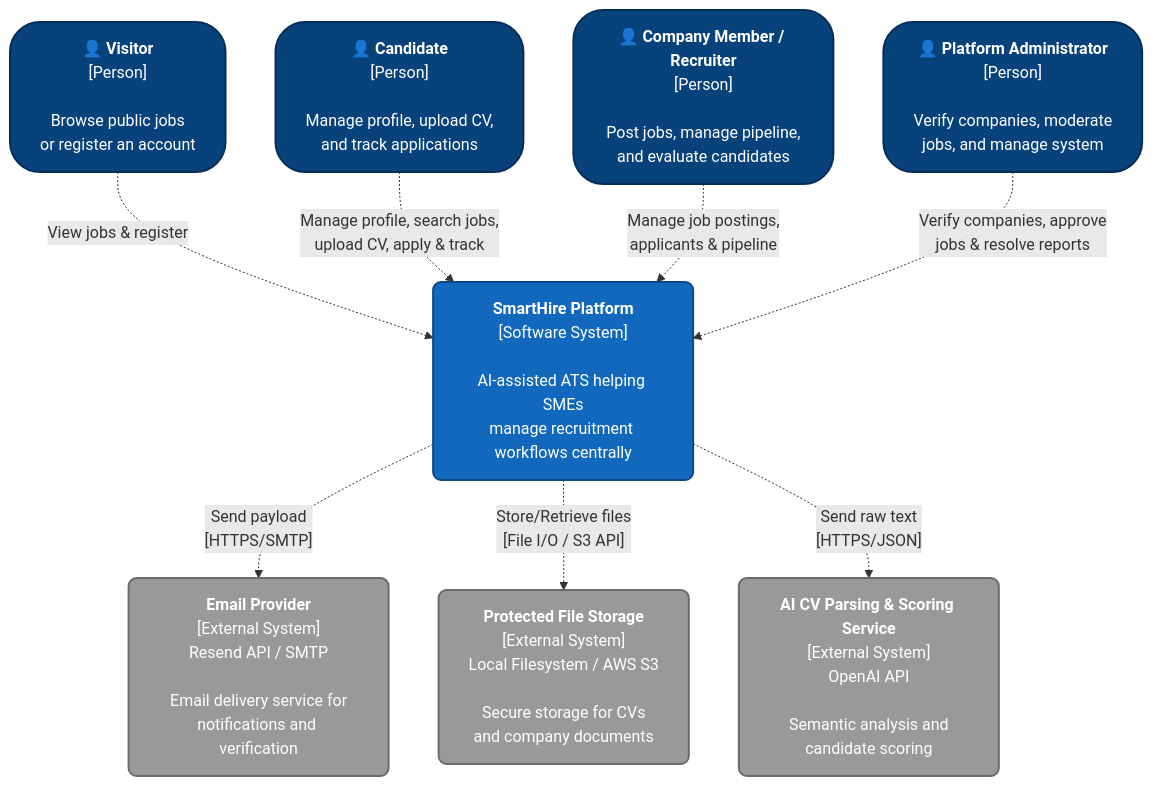
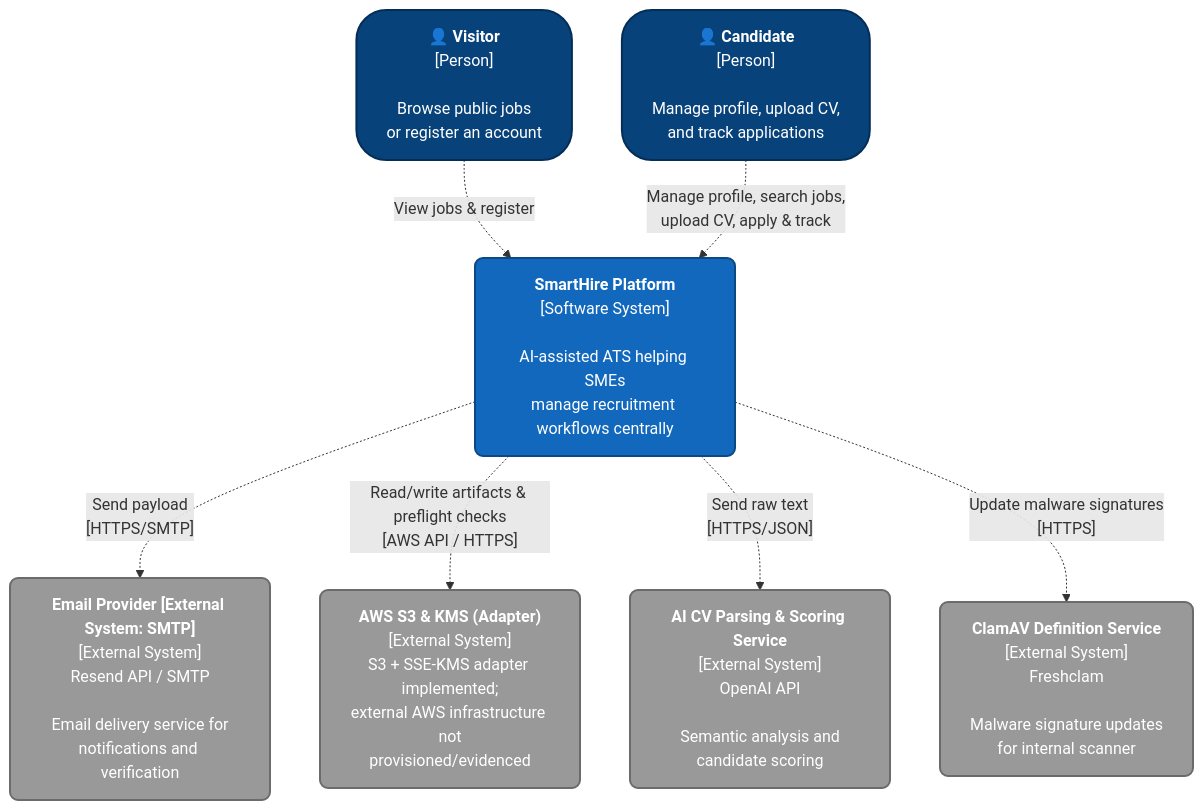
One commit to quocuy0112/Software-Engineering---Group-9 changed the diagram in docs/diagrams/system context diagram/System_Context.md. Above: the diagram before and after it, drawn with Mermaid. The commit also changed other lines of this file and 1 other file, not shown here.

Commit message:
Update Sys Context and FE diagrams

````diff
--- a/docs/diagrams/system context diagram/System_Context.md
+++ b/docs/diagrams/system context diagram/System_Context.md
@@ -5,31 +5,29 @@
 ```mermaid
 flowchart TD
     %% Standard C4 CSS Formatting
     classDef person fill:#08427b,stroke:#052e56,stroke-width:2px,color:#fff,rx:30px,ry:30px
     classDef system fill:#1168bd,stroke:#0b4884,stroke-width:2px,color:#fff,rx:8px,ry:8px
     classDef external fill:#999999,stroke:#6b6b6b,stroke-width:2px,color:#fff,rx:8px,ry:8px
 
     %% Actors Declaration
     V["👤 <b>Visitor</b><br/>[Person]<br/><br/>Browse public jobs<br/>or register an account"]:::person
     C["👤 <b>Candidate</b><br/>[Person]<br/><br/>Manage profile, upload CV,<br/>and track applications"]:::person
-    R["👤 <b>Company Member / Recruiter</b><br/>[Person]<br/><br/>Post jobs, manage pipeline,<br/>and evaluate candidates"]:::person
-    A["👤 <b>Platform Administrator</b><br/>[Person]<br/><br/>Verify companies, moderate<br/>jobs, and manage system"]:::person
 
     %% Internal System Declaration
     SH["<b>SmartHire Platform</b><br/>[Software System]<br/><br/>AI-assisted ATS helping SMEs<br/>manage recruitment workflows centrally"]:::system
 
     %% External Systems Declaration
-    EM["<b>Email Provider</b><br/>[External System]<br/>Resend API / SMTP<br/><br/>Email delivery service for<br/>notifications and verification"]:::external
-    ST["<b>Protected File Storage</b><br/>[External System]<br/>Local Filesystem / AWS S3<br/><br/>Secure storage for CVs<br/>and company documents"]:::external
+    EM["<b>Email Provider [External System: SMTP]</b><br/>[External System]<br/>Resend API / SMTP<br/><br/>Email delivery service for<br/>notifications and verification"]:::external
+    ST["<b>AWS S3 & KMS (Adapter)</b><br/>[External System]<br/>S3 + SSE-KMS adapter implemented;<br/>external AWS infrastructure not<br/>provisioned/evidenced"]:::external
     AI["<b>AI CV Parsing & Scoring Service</b><br/>[External System]<br/>OpenAI API<br/><br/>Semantic analysis and<br/>candidate scoring"]:::external
+    AV["<b>ClamAV Definition Service</b><br/>[External System]<br/>Freshclam<br/><br/>Malware signature updates<br/>for internal scanner"]:::external
 
     %% Communication Flow 
     V -. "View jobs & register" .-> SH
     C -. "Manage profile, search jobs,<br/>upload CV, apply & track" .-> SH
-    R -. "Manage job postings,<br/>applicants & pipeline" .-> SH
-    A -. "Verify companies, approve<br/>jobs & resolve reports" .-> SH
 
     SH -. "Send payload<br/>[HTTPS/SMTP]" .-> EM
-    SH -. "Store/Retrieve files<br/>[File I/O / S3 API]" .-> ST
+    SH -. "Read/write artifacts & preflight checks<br/>[AWS API / HTTPS]" .-> ST
     SH -. "Send raw text<br/>[HTTPS/JSON]" .-> AI
+    SH -. "Update malware signatures<br/>[HTTPS]" .-> AV
 ```
````
